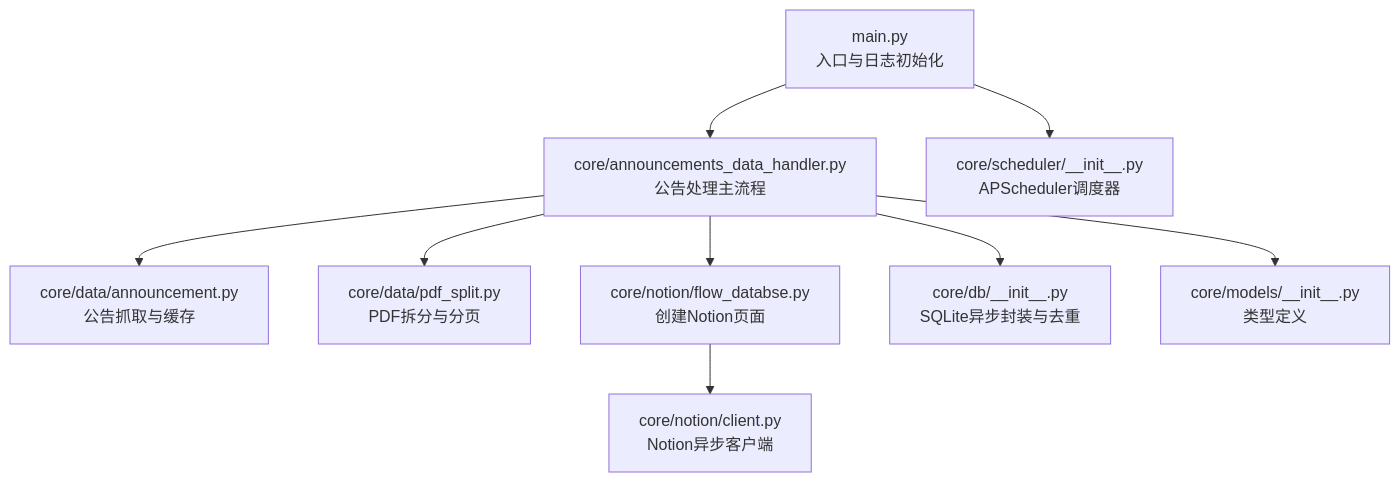
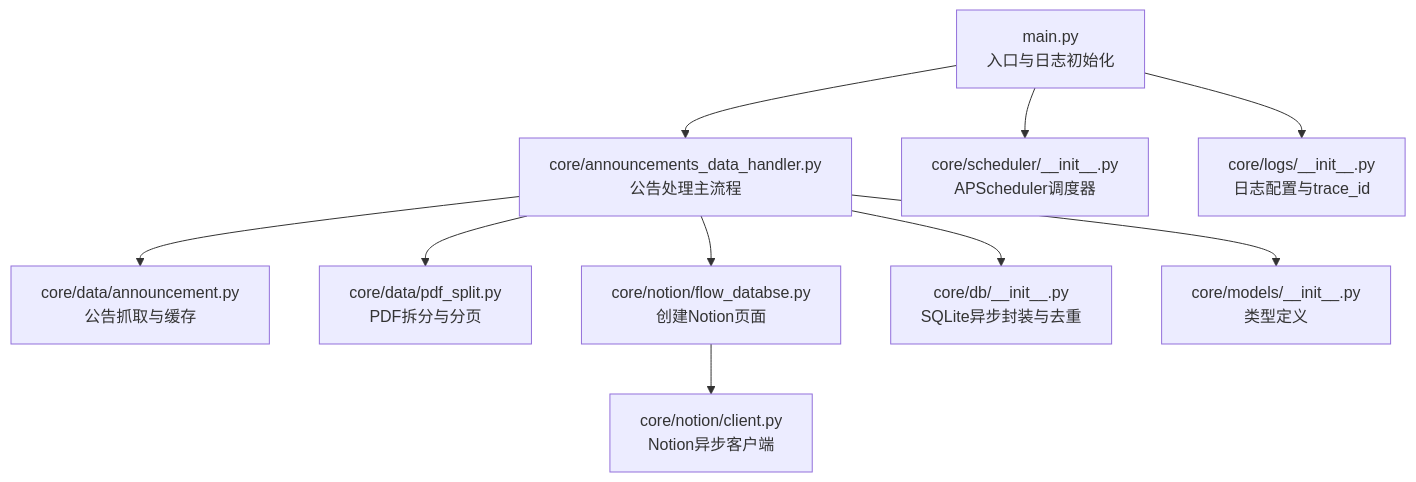
The first of 8 diagrams in .qoder/repowiki/zh/content/故障排除指南/日志分析与调试.md (iverwong/DataLife), drawn with Mermaid before and after one commit. The commit also changed other lines of this file and 14 other files, not shown here.

````diff
--- a/.qoder/repowiki/zh/content/故障排除指南/日志分析与调试.md
+++ b/.qoder/repowiki/zh/content/故障排除指南/日志分析与调试.md
@@ -42,11 +49,13 @@
 ```mermaid
 graph TB
 A["main.py<br/>入口与日志初始化"] --> B["core/announcements_data_handler.py<br/>公告处理主流程"]
 B --> C["core/data/announcement.py<br/>公告抓取与缓存"]
 B --> D["core/data/pdf_split.py<br/>PDF拆分与分页"]
 B --> E["core/notion/flow_databse.py<br/>创建Notion页面"]
 E --> F["core/notion/client.py<br/>Notion异步客户端"]
 B --> G["core/db/__init__.py<br/>SQLite异步封装与去重"]
 B --> H["core/models/__init__.py<br/>类型定义"]
 A --> I["core/scheduler/__init__.py<br/>APScheduler调度器"]
+J["core/logs/__init__.py<br/>日志配置与trace_id"]
+A --> J
 ```
````
